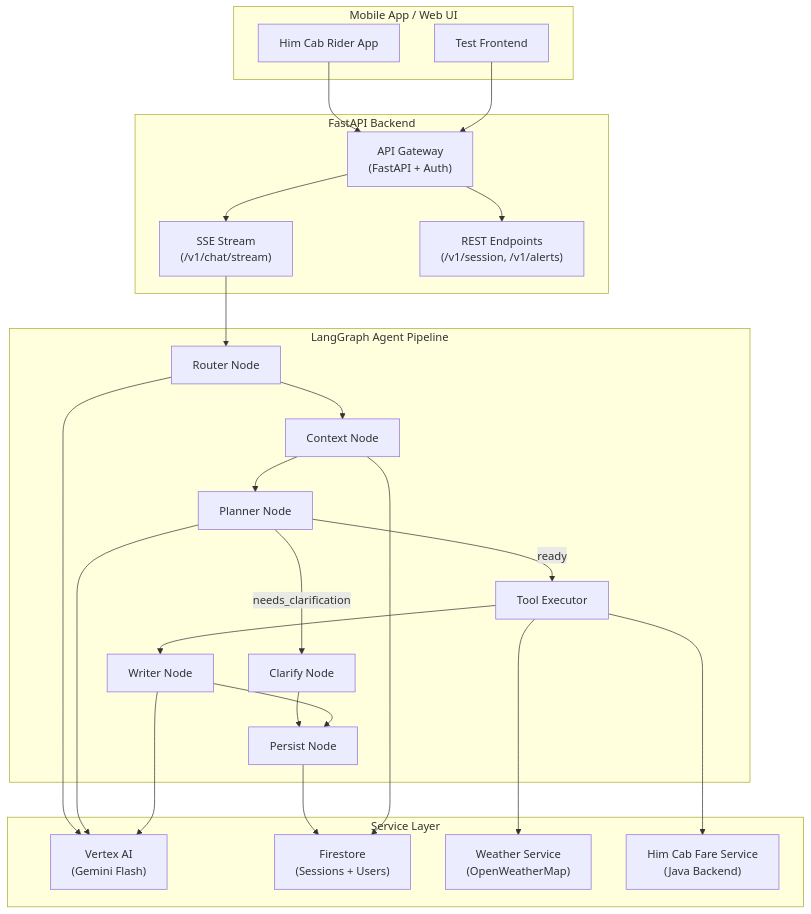
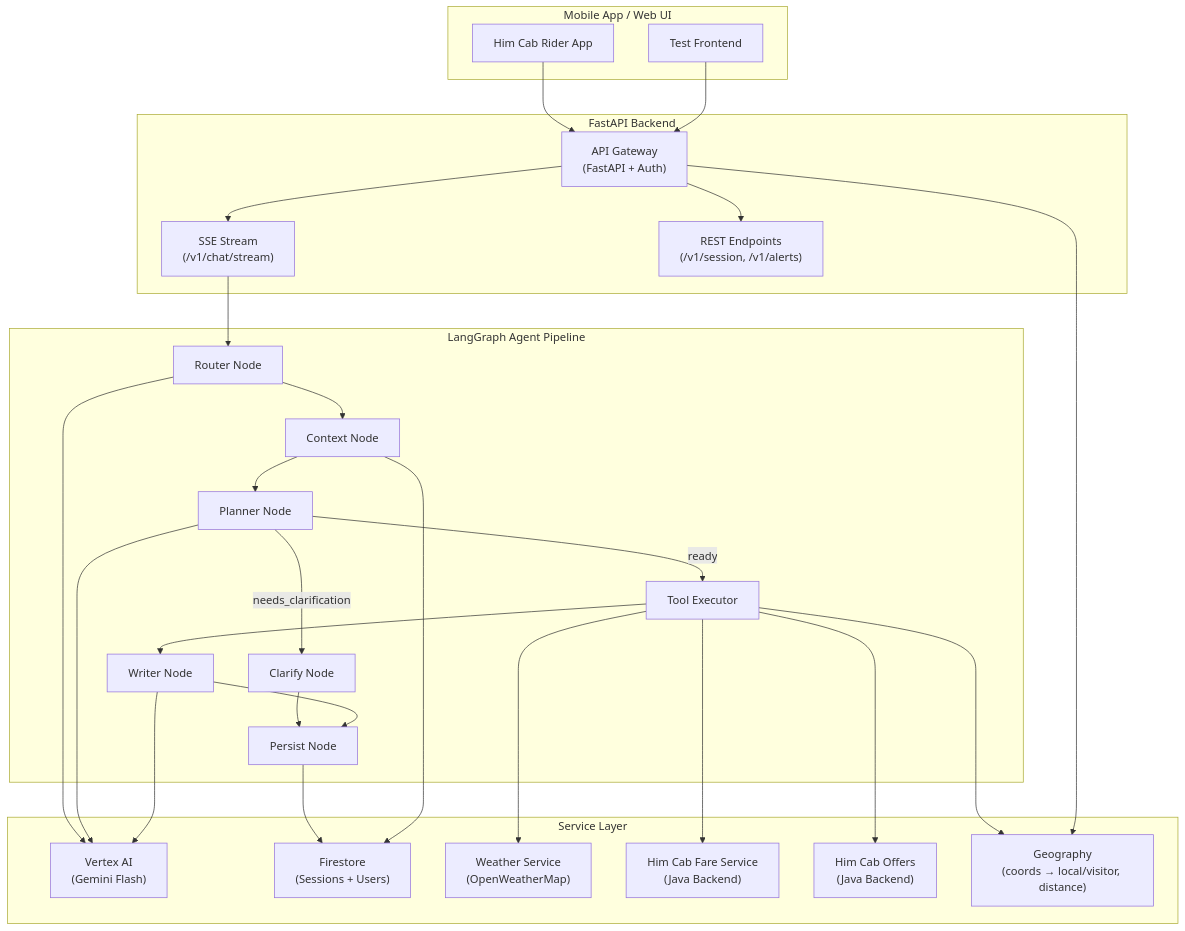
One commit to immersivedata-ai/HimCab_chatbot changed the first of 2 diagrams in docs/architecture.md. Above: the diagram before and after it, drawn with Mermaid. The commit also changed other lines of this file and 28 other files, not shown here.

````diff
--- a/docs/architecture.md
+++ b/docs/architecture.md
@@ -11,46 +11,51 @@
 ```mermaid
 graph TB
     subgraph Client["Mobile App / Web UI"]
         APP["Him Cab Rider App"]
         WEB["Test Frontend"]
     end
 
     subgraph API["FastAPI Backend"]
         GW["API Gateway<br/>(FastAPI + Auth)"]
         SSE["SSE Stream<br/>(/v1/chat/stream)"]
         REST["REST Endpoints<br/>(/v1/session, /v1/alerts)"]
     end
 
     subgraph Agent["LangGraph Agent Pipeline"]
         R["Router Node"]
         CTX["Context Node"]
         P["Planner Node"]
         TE["Tool Executor"]
         W["Writer Node"]
         PS["Persist Node"]
         CL["Clarify Node"]
     end
 
     subgraph Services["Service Layer"]
         VAI["Vertex AI<br/>(Gemini Flash)"]
         FS["Firestore<br/>(Sessions + Users)"]
         WS["Weather Service<br/>(OpenWeatherMap)"]
         FARE["Him Cab Fare Service<br/>(Java Backend)"]
+        OFF["Him Cab Offers<br/>(Java Backend)"]
+        GEO["Geography<br/>(coords → local/visitor, distance)"]
     end
 
     APP --> GW
     WEB --> GW
     GW --> SSE
     GW --> REST
     SSE --> R
     R --> CTX --> P
     P -->|needs_clarification| CL --> PS
     P -->|ready| TE --> W --> PS
     TE --> WS
+    TE --> GEO
     TE --> FARE
+    TE --> OFF
+    GW --> GEO
     R --> VAI
     P --> VAI
     W --> VAI
     PS --> FS
     CTX --> FS
 ```
````
